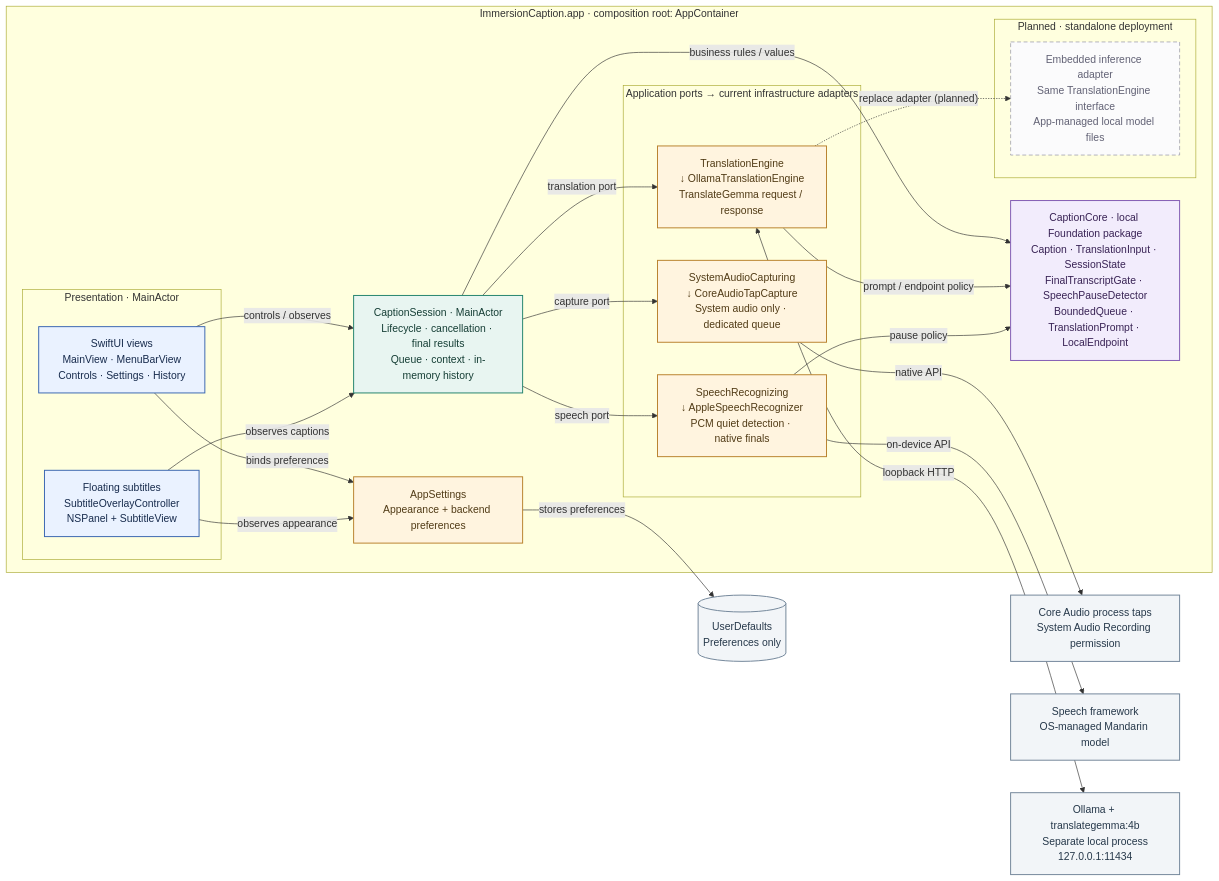
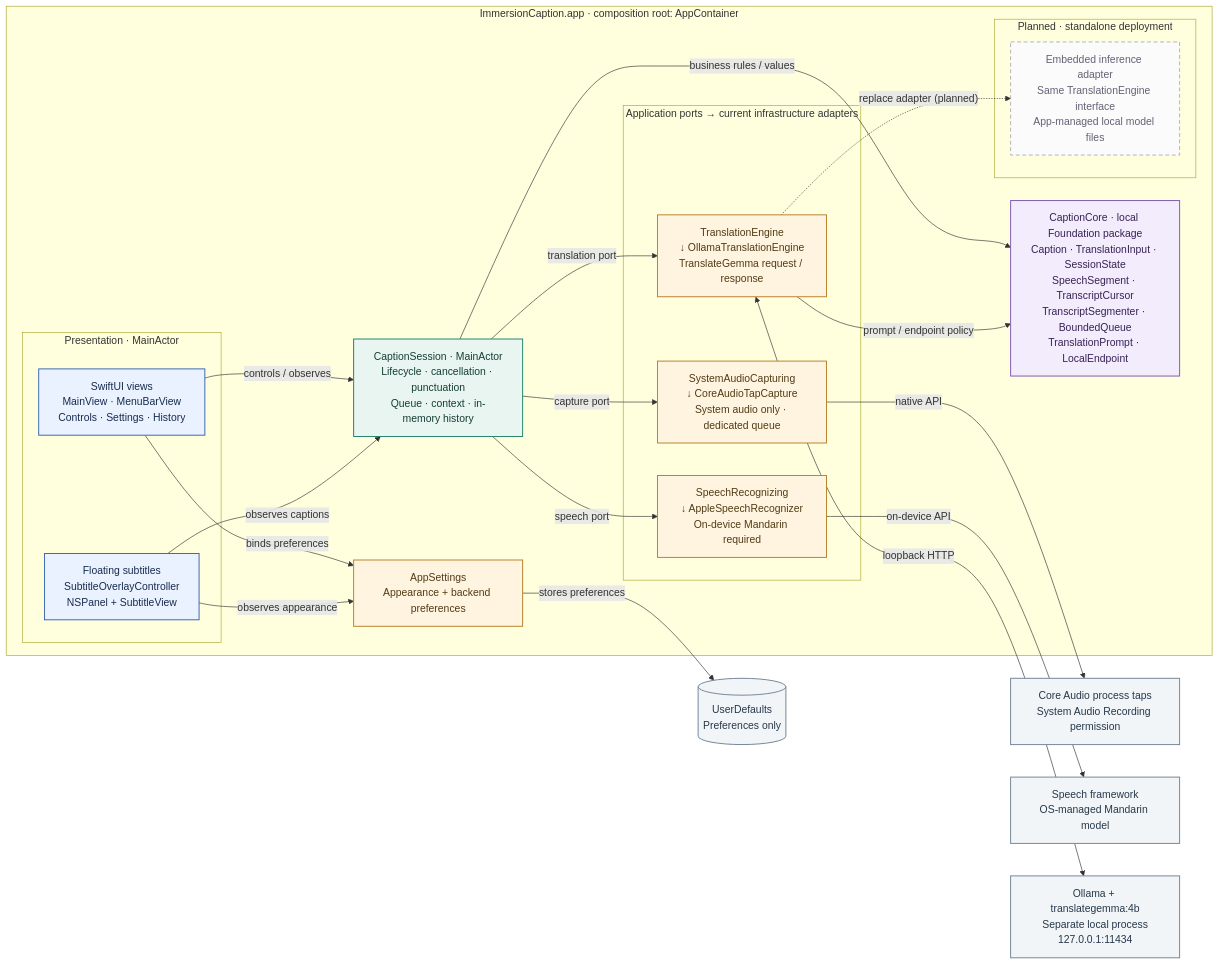
Before and after one commit to mattt-s/ImmersionCaption: the diagram in docs/diagrams/architecture.mmd, drawn with Mermaid. The commit also changed 33 other files, not shown here.

```diff
--- a/docs/diagrams/architecture.mmd
+++ b/docs/diagrams/architecture.mmd
@@ -1,58 +1,57 @@
 flowchart LR
     accTitle: ImmersionCaption component architecture
     accDescr: AppContainer assembles native presentation, a caption session, domain policies, and replaceable local providers. Current adapters connect to macOS frameworks and local Ollama. Embedded inference and direct model management are planned.
 
     subgraph App["ImmersionCaption.app · composition root: AppContainer"]
         subgraph Presentation["Presentation · MainActor"]
             Views["SwiftUI views<br/>MainView · MenuBarView<br/>Controls · Settings · History"]
             Overlay["Floating subtitles<br/>SubtitleOverlayController<br/>NSPanel + SubtitleView"]
         end
 
-        Session["CaptionSession · MainActor<br/>Lifecycle · cancellation · final results<br/>Queue · context · in-memory history"]
+        Session["CaptionSession · MainActor<br/>Lifecycle · cancellation · punctuation<br/>Queue · context · in-memory history"]
         Settings["AppSettings<br/>Appearance + backend preferences"]
-        Core["CaptionCore · local Foundation package<br/>Caption · TranslationInput · SessionState<br/>FinalTranscriptGate · SpeechPauseDetector<br/>BoundedQueue · TranslationPrompt · LocalEndpoint"]
+        Core["CaptionCore · local Foundation package<br/>Caption · TranslationInput · SessionState<br/>SpeechSegment · TranscriptCursor<br/>TranscriptSegmenter · BoundedQueue<br/>TranslationPrompt · LocalEndpoint"]
 
         subgraph Providers["Application ports → current infrastructure adapters"]
             Capture["SystemAudioCapturing<br/>↓ CoreAudioTapCapture<br/>System audio only · dedicated queue"]
-            Speech["SpeechRecognizing<br/>↓ AppleSpeechRecognizer<br/>PCM quiet detection · native finals"]
+            Speech["SpeechRecognizing<br/>↓ AppleSpeechRecognizer<br/>On-device Mandarin required"]
             Translation["TranslationEngine<br/>↓ OllamaTranslationEngine<br/>TranslateGemma request / response"]
         end
 
         subgraph Future["Planned · standalone deployment"]
             Embedded["Embedded inference adapter<br/>Same TranslationEngine interface<br/>App-managed local model files"]
         end
     end
 
     CoreAudio["Core Audio process taps<br/>System Audio Recording permission"]
     SpeechKit["Speech framework<br/>OS-managed Mandarin model"]
     Defaults[("UserDefaults<br/>Preferences only")]
     Ollama["Ollama + translategemma:4b<br/>Separate local process<br/>127.0.0.1:11434"]
 
     Views -->|"controls / observes"| Session
     Overlay -->|"observes captions"| Session
     Views -->|"binds preferences"| Settings
     Overlay -->|"observes appearance"| Settings
     Session -->|"business rules / values"| Core
     Session -->|"capture port"| Capture
     Session -->|"speech port"| Speech
     Session -->|"translation port"| Translation
     Translation -->|"prompt / endpoint policy"| Core
     Capture -->|"native API"| CoreAudio
     Speech -->|"on-device API"| SpeechKit
-    Speech -->|"pause policy"| Core
     Translation <-->|"loopback HTTP"| Ollama
     Settings -->|"stores preferences"| Defaults
     Translation -. "replace adapter (planned)" .-> Embedded
 
     classDef presentation fill:#eaf2ff,stroke:#3b67b1,color:#172b4d,stroke-width:1.5px
     classDef application fill:#e8f5f1,stroke:#23836d,color:#153e35,stroke-width:1.5px
     classDef domain fill:#f2ecfc,stroke:#815bb3,color:#382254,stroke-width:1.5px
     classDef adapter fill:#fff4df,stroke:#b9822d,color:#513b16,stroke-width:1.5px
     classDef service fill:#f2f5f8,stroke:#73869a,color:#26384a,stroke-width:1.5px
     classDef planned fill:#fbfbfc,stroke:#8c8c9e,color:#626275,stroke-dasharray:6 4
     class Views,Overlay presentation
     class Session application
     class Core domain
     class Capture,Speech,Translation,Settings adapter
     class CoreAudio,SpeechKit,Defaults,Ollama service
     class Embedded planned
```
